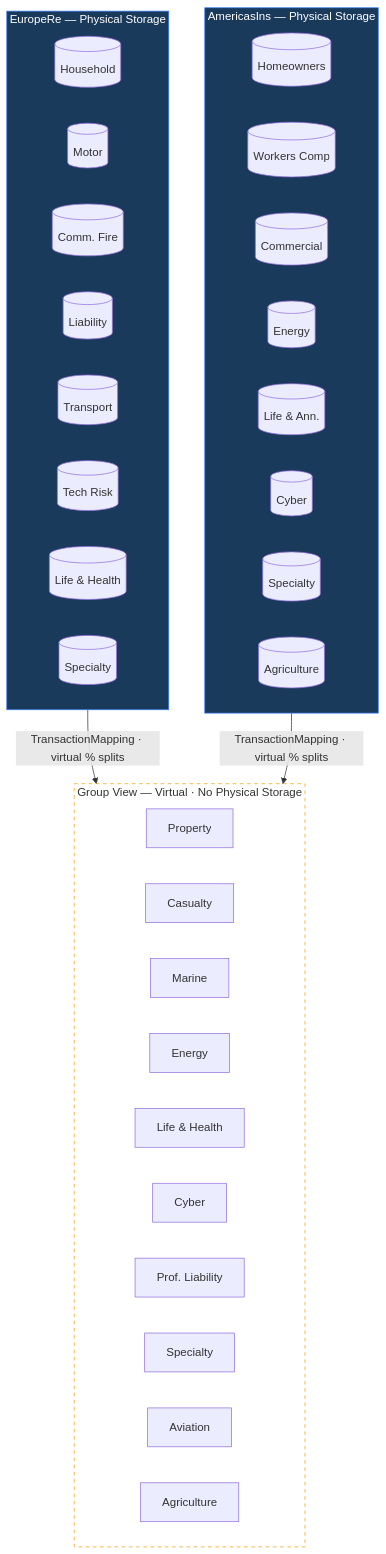
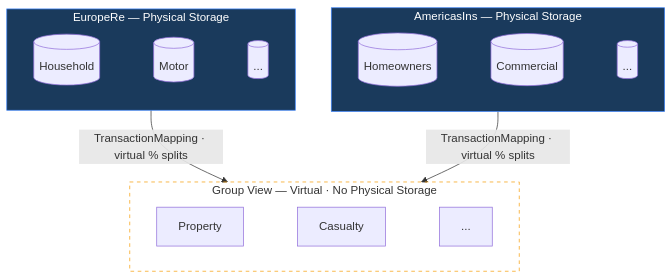
The second of 2 diagrams in samples/Graph/Data/FutuRe/index.md (Systemorph/MeshWeaver), drawn with Mermaid before and after one commit. The commit also changed 6 other files, not shown here.

````diff
--- a/samples/Graph/Data/FutuRe/index.md
+++ b/samples/Graph/Data/FutuRe/index.md
@@ -43,47 +43,21 @@
 ```mermaid
 graph TB
     subgraph BU1["EuropeRe — Physical Storage"]
-        direction LR
-        E1[("Household")]
-        E2[("Motor")]
-        E3[("Comm. Fire")]
-        E4[("Liability")]
-        E5[("Transport")]
-        E6[("Tech Risk")]
-        E7[("Life & Health")]
-        E8[("Specialty")]
+        E1[("Household")] ~~~ E2[("Motor")] ~~~ E3[("...")]
     end
 
     subgraph BU2["AmericasIns — Physical Storage"]
-        direction LR
-        A1[("Homeowners")]
-        A2[("Workers Comp")]
-        A3[("Commercial")]
-        A4[("Energy")]
-        A5[("Life & Ann.")]
-        A6[("Cyber")]
-        A7[("Specialty")]
-        A8[("Agriculture")]
+        A1[("Homeowners")] ~~~ A2[("Commercial")] ~~~ A3[("...")]
     end
 
     BU1 -->|"TransactionMapping · virtual % splits"| VL
     BU2 -->|"TransactionMapping · virtual % splits"| VL
 
     subgraph VL["Group View — Virtual · No Physical Storage"]
-        direction LR
-        V1["Property"]
-        V2["Casualty"]
-        V3["Marine"]
-        V4["Energy"]
-        V5["Life & Health"]
-        V6["Cyber"]
-        V7["Prof. Liability"]
-        V8["Specialty"]
-        V9["Aviation"]
-        V10["Agriculture"]
+        V1["Property"] ~~~ V2["Casualty"] ~~~ V3["..."]
     end
 
     style BU1 fill:#1a3a5c,stroke:#3b82f6,color:#fff
     style BU2 fill:#1a3a5c,stroke:#3b82f6,color:#fff
     style VL fill:none,stroke:#f59e0b,stroke-dasharray:5 5
 ```
````
